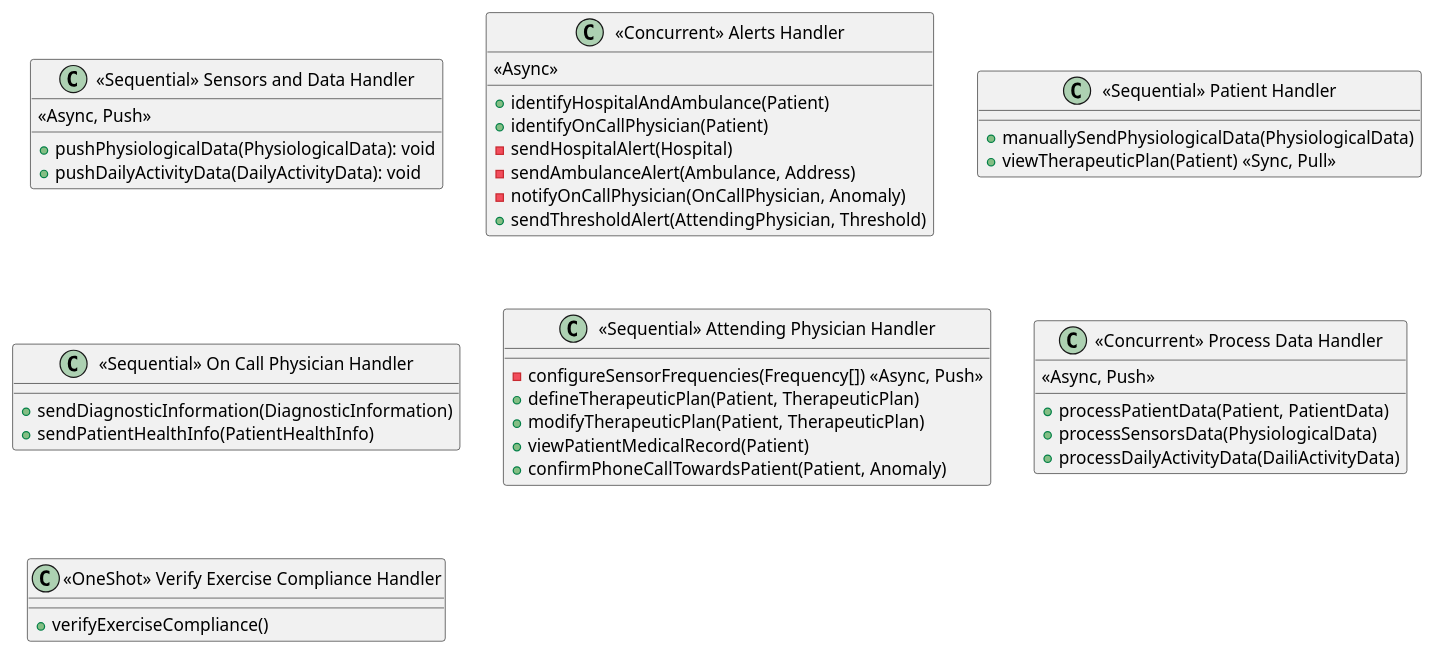
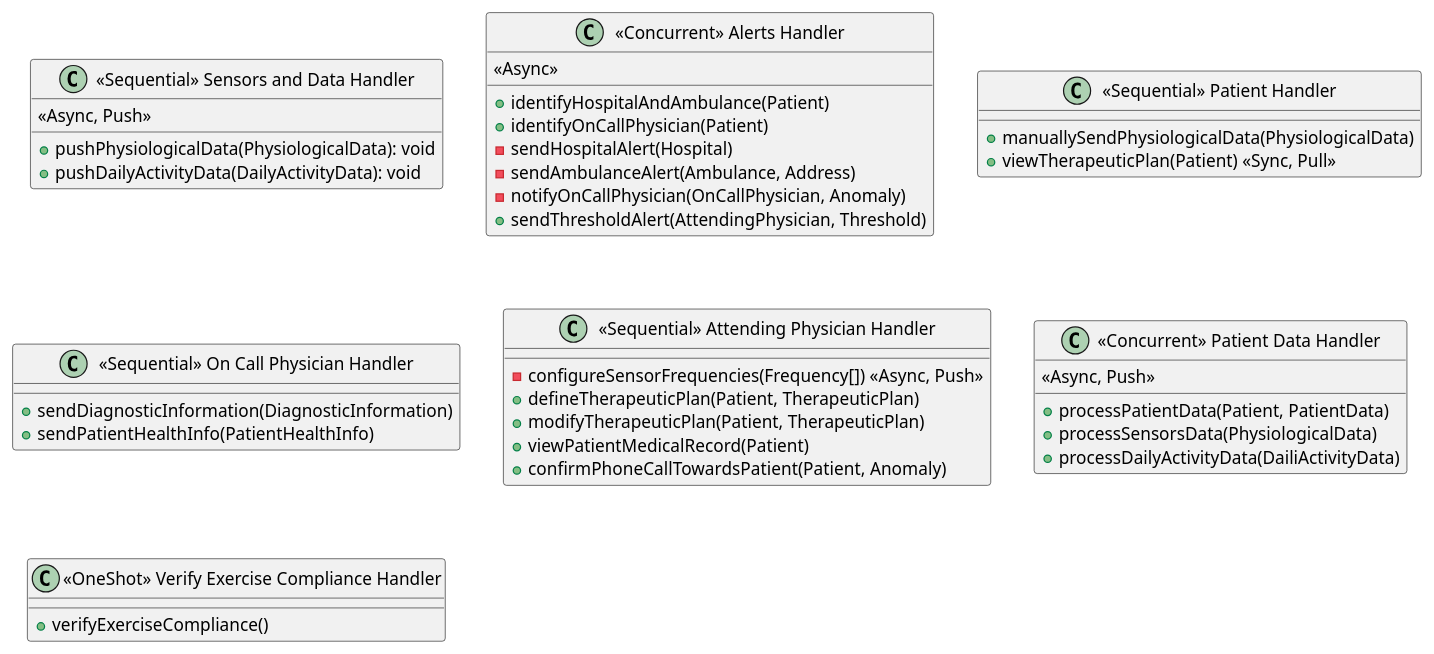
The diagram in diagrams/concrete_diagram.plantuml (koalas11/Software-Architecture-Project), drawn with PlantUML before and after one commit. The commit also changed 6 other files, not shown here.

Commit message:
fixes and added deployment architecture

```diff
--- a/diagrams/concrete_diagram.plantuml
+++ b/diagrams/concrete_diagram.plantuml
@@ -1,48 +1,48 @@
-@startuml data_diagram
+@startuml concrete_diagram
 
 class "<<Sequential>> Sensors and Data Handler" as C1 {
   <<Async, Push>>
   + pushPhysiologicalData(PhysiologicalData): void
   + pushDailyActivityData(DailyActivityData): void
 }
 
 class "<<Concurrent>> Alerts Handler" as C2 {
   +identifyHospitalAndAmbulance(Patient)
   +identifyOnCallPhysician(Patient)
   <<Async>>
   -sendHospitalAlert(Hospital)
   -sendAmbulanceAlert(Ambulance, Address)
   -notifyOnCallPhysician(OnCallPhysician, Anomaly)
   +sendThresholdAlert(AttendingPhysician, Threshold)
 }
 
 class "<<Sequential>> Patient Handler" as C3 {
   +manuallySendPhysiologicalData(PhysiologicalData)
   +viewTherapeuticPlan(Patient) <<Sync, Pull>>
 }
 
 class "<<Sequential>> On Call Physician Handler" as C4 {
   +sendDiagnosticInformation(DiagnosticInformation)
   +sendPatientHealthInfo(PatientHealthInfo)
 }
 
 class "<<Sequential>> Attending Physician Handler" as C5 {
   -configureSensorFrequencies(Frequency[]) <<Async, Push>>
   +defineTherapeuticPlan(Patient, TherapeuticPlan)
   +modifyTherapeuticPlan(Patient, TherapeuticPlan)
   +viewPatientMedicalRecord(Patient)
   +confirmPhoneCallTowardsPatient(Patient, Anomaly)
 }
 
-class "<<Concurrent>> Process Data Handler" as C6 {
+class "<<Concurrent>> Patient Data Handler" as C6 {
   <<Async, Push>>
   +processPatientData(Patient, PatientData)
   +processSensorsData(PhysiologicalData)
   +processDailyActivityData(DailiActivityData)
 }
 
 class "<<OneShot>> Verify Exercise Compliance Handler" as C7 {
   +verifyExerciseCompliance()
 }
 
 @enduml
```
